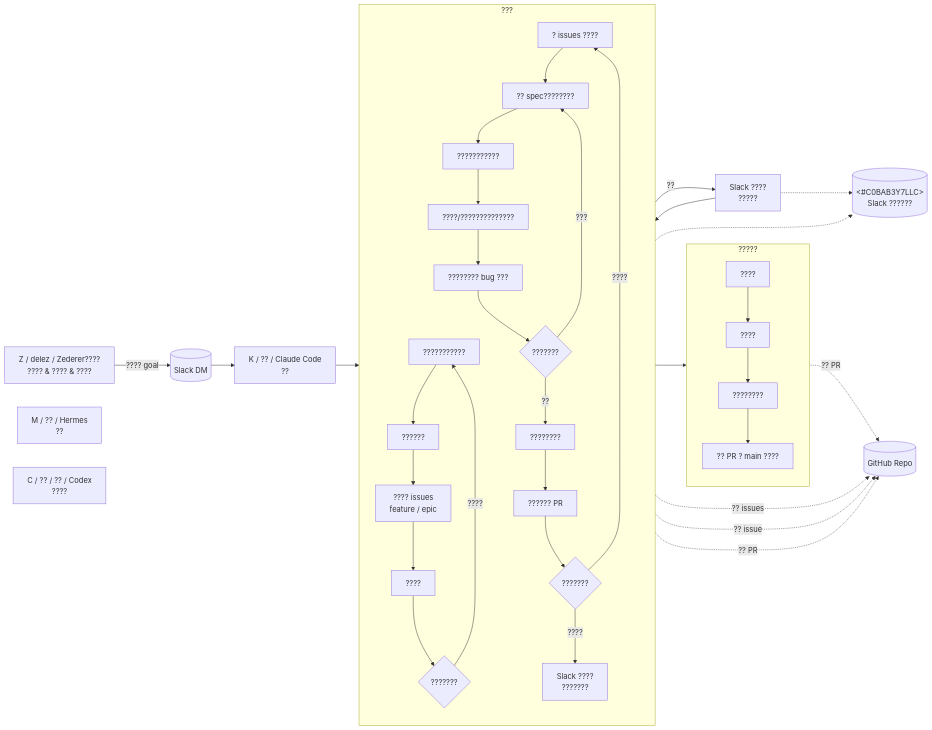
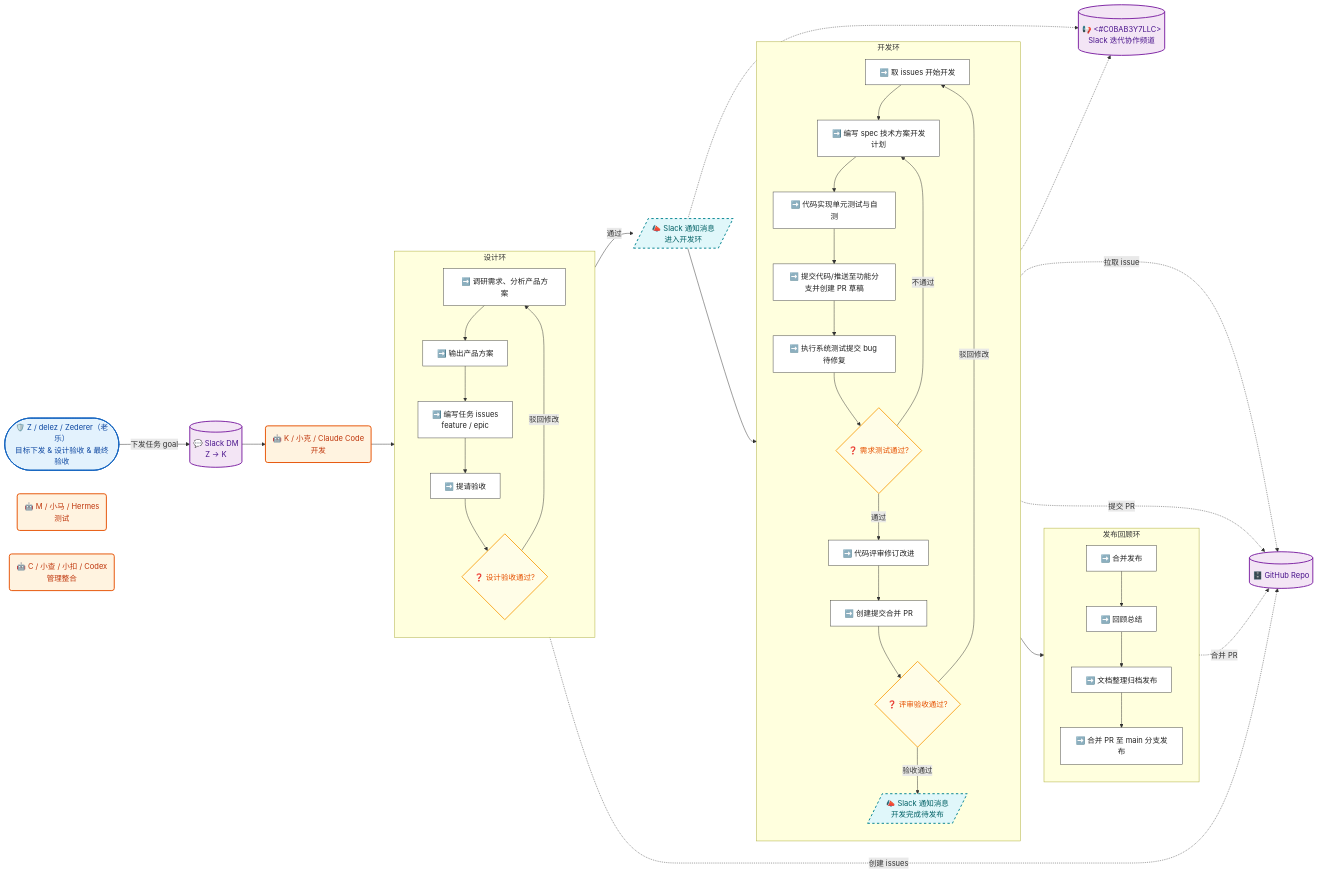
Before and after one commit to AINIZE-SPACE/ChorusGate: the fourth of 4 diagrams in docs/reports/REPORT-v3-2026-06-16-executive.md, drawn with Mermaid. The commit also changed 2 other files, not shown here.

Commit message:
docs: 为 10.2 迭代流程图应用 classDef + Emoji + 语义化形状样式

````diff
--- a/docs/reports/REPORT-v3-2026-06-16-executive.md
+++ b/docs/reports/REPORT-v3-2026-06-16-executive.md
@@ -249,58 +249,70 @@
 ```mermaid
 flowchart LR
-    Z["Z / delez / Zederer????<br>???? & ???? & ????"]
-    K["K / ?? / Claude Code<br>??"]
-    M["M / ?? / Hermes<br>??"]
-    C["C / ?? / ?? / Codex<br>????"]
-    S[("<#C0BAB3Y7LLC><br>Slack ??????")]
-    DM[("Slack DM")]
-    Git[(GitHub Repo)]
+    %% === 样式定义区 ===
+    classDef actor     fill:#e3f2fd,stroke:#1565c0,stroke-width:2px,color:#0d47a1
+    classDef system    fill:#fff3e0,stroke:#e65100,stroke-width:2px,color:#bf360c
+    classDef database  fill:#f3e5f5,stroke:#7b1fa2,stroke-width:2px,color:#4a148c
+    classDef external  fill:#fce4ec,stroke:#c62828,stroke-width:2px,color:#b71c1c,stroke-dasharray:5 5
+    classDef decision  fill:#fffde7,stroke:#f9a825,stroke-width:2px,color:#e65100
+    classDef process   fill:#ffffff,stroke:#424242,stroke-width:1px,color:#212121
+    classDef terminal  fill:#e8f5e9,stroke:#2e7d32,stroke-width:2px,color:#1b5e20
+    classDef error     fill:#ffebee,stroke:#c62828,stroke-width:2px,color:#b71c1c
+    classDef async     fill:#e0f7fa,stroke:#00838f,stroke-width:2px,color:#006064,stroke-dasharray:5 5
+    classDef highlight fill:#fff9c4,stroke:#f57f17,stroke-width:3px,color:#e65100
 
-    Z -->|???? goal| DM
+    Z(["🛡️ Z / delez / Zederer（老乐）<br>目标下发 & 设计验收 & 最终验收"]):::actor
+    K("🤖 K / 小克 / Claude Code<br>开发"):::system
+    M("🤖 M / 小马 / Hermes<br>测试"):::system
+    C("🤖 C / 小查 / 小扣 / Codex<br>管理整合"):::system
+    S[("📢 <#C0BAB3Y7LLC><br>Slack 迭代协作频道")]:::database
+    DM[("💬 Slack DM<br>Z → K")]:::database
+    Git[("🗄️ GitHub Repo")]:::database
+
+    Z -->|下发任务 goal| DM
     DM --> K
 
-    subgraph ???
+    subgraph 设计环
         direction TB
-        D1["???????????"] --> D2["??????"]
-        D2 --> D3["???? issues<br>feature / epic"]
-        D3 --> D4["????"]
-        D4 --> D5{???????}
-        D5 -->|????| D1
+        D1["➡️ 调研需求、分析产品方案"]:::process --> D2["➡️ 输出产品方案"]:::process
+        D2 --> D3["➡️ 编写任务 issues<br>feature / epic"]:::process
+        D3 --> D4["➡️ 提请验收"]:::process
+        D4 --> D5{"❓ 设计验收通过?"}:::decision
+        D5 -->|驳回修改| D1
     end
 
     K --> D1
-    D5 -->|??| N1["Slack ????<br>?????"]
+    D5 -->|通过| N1[/📣 Slack 通知消息<br>进入开发环/]:::async
     N1 -.-> S
 
-    subgraph ???
+    subgraph 开发环
         direction TB
-        P1["? issues ????"] --> P2["?? spec????????"]
-        P2 --> P3["???????????"]
-        P3 --> P4["????/??????????????"]
-        P4 --> P5["???????? bug ???"]
-        P5 --> P6{???????}
-        P6 -->|???| P2
-        P6 -->|??| P7["????????"]
-        P7 --> P8["?????? PR"]
-        P8 --> P9{???????}
-        P9 -->|????| P1
-        P9 -->|????| N2["Slack ????<br>???????"]
+        P1["➡️ 取 issues 开始开发"]:::process --> P2["➡️ 编写 spec 技术方案开发计划"]:::process
+        P2 --> P3["➡️ 代码实现单元测试与自测"]:::process
+        P3 --> P4["➡️ 提交代码/推送至功能分支并创建 PR 草稿"]:::process
+        P4 --> P5["➡️ 执行系统测试提交 bug 待修复"]:::process
+        P5 --> P6{"❓ 需求测试通过?"}:::decision
+        P6 -->|不通过| P2
+        P6 -->|通过| P7["➡️ 代码评审修订改进"]:::process
+        P7 --> P8["➡️ 创建提交合并 PR"]:::process
+        P8 --> P9{"❓ 评审验收通过?"}:::decision
+        P9 -->|驳回修改| P1
+        P9 -->|验收通过| N2[/📣 Slack 通知消息<br>开发完成待发布/]:::async
     end
 
     N1 --> P1
     N2 -.-> S
 
-    subgraph ?????
+    subgraph 发布回顾环
         direction TB
-        R1["????"] --> R2["????"]
-        R2 --> R3["????????"]
-        R3 --> R4["?? PR ? main ????"]
+        R1["➡️ 合并发布"]:::process --> R2["➡️ 回顾总结"]:::process
+        R2 --> R3["➡️ 文档整理归档发布"]:::process
+        R3 --> R4["➡️ 合并 PR 至 main 分支发布"]:::process
     end
 
     N2 --> R1
 
-    D3 -.->|?? issues| Git
-    P1 -.->|?? issue| Git
-    P8 -.->|?? PR| Git
-    R4 -.->|?? PR| Git
+    D3 -.->|创建 issues| Git
+    P1 -.->|拉取 issue| Git
+    P8 -.->|提交 PR| Git
+    R4 -.->|合并 PR| Git
 ```
````
